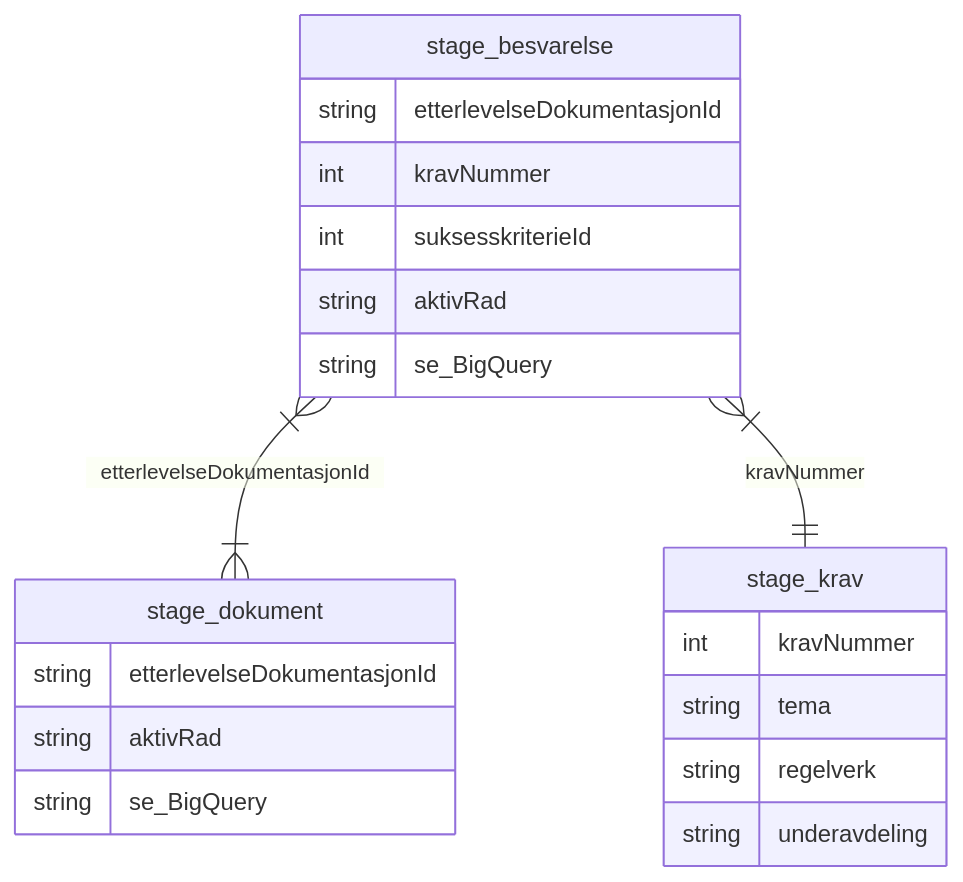
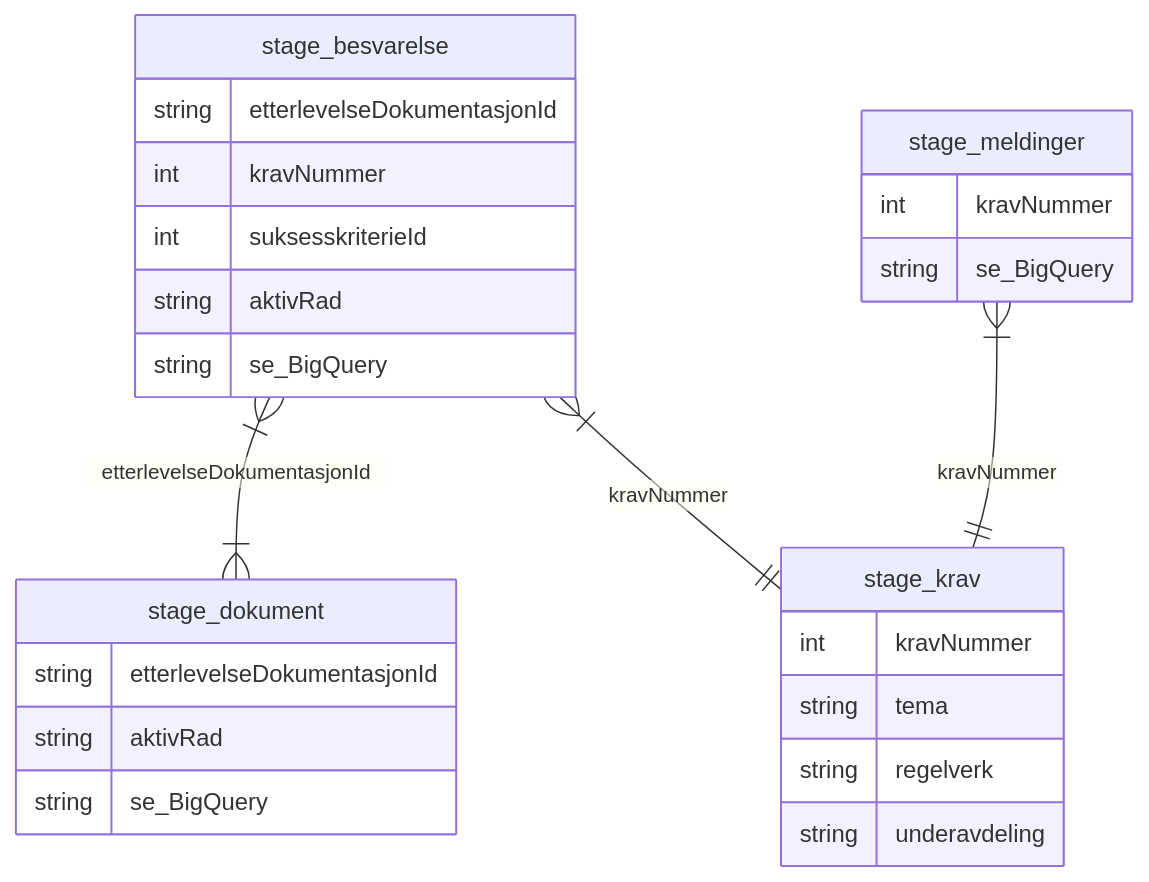
The diagram in README.md (navikt/metrics-datajegerne), drawn with Mermaid before and after one commit. The commit also changed other lines of this file and 3 other files, not shown here.

````diff
--- a/README.md
+++ b/README.md
@@ -15,25 +15,30 @@
 ```mermaid
 erDiagram
     stage_besvarelse }|--|{ stage_dokument : etterlevelseDokumentasjonId
     stage_besvarelse }|--|| stage_krav : kravNummer
+    stage_meldinger }|--|| stage_krav: kravNummer
 
     stage_besvarelse {
         string etterlevelseDokumentasjonId
         int kravNummer
         int suksesskriterieId
         string aktivRad
         string se_BigQuery
     }
     stage_dokument {
         string etterlevelseDokumentasjonId
         string aktivRad
         string se_BigQuery
     }
     stage_krav {
         int kravNummer
         string tema
         string regelverk
         string underavdeling
 
+    }    
+    stage_meldinger {
+        int kravNummer
+        string se_BigQuery
     }
 ```
````
